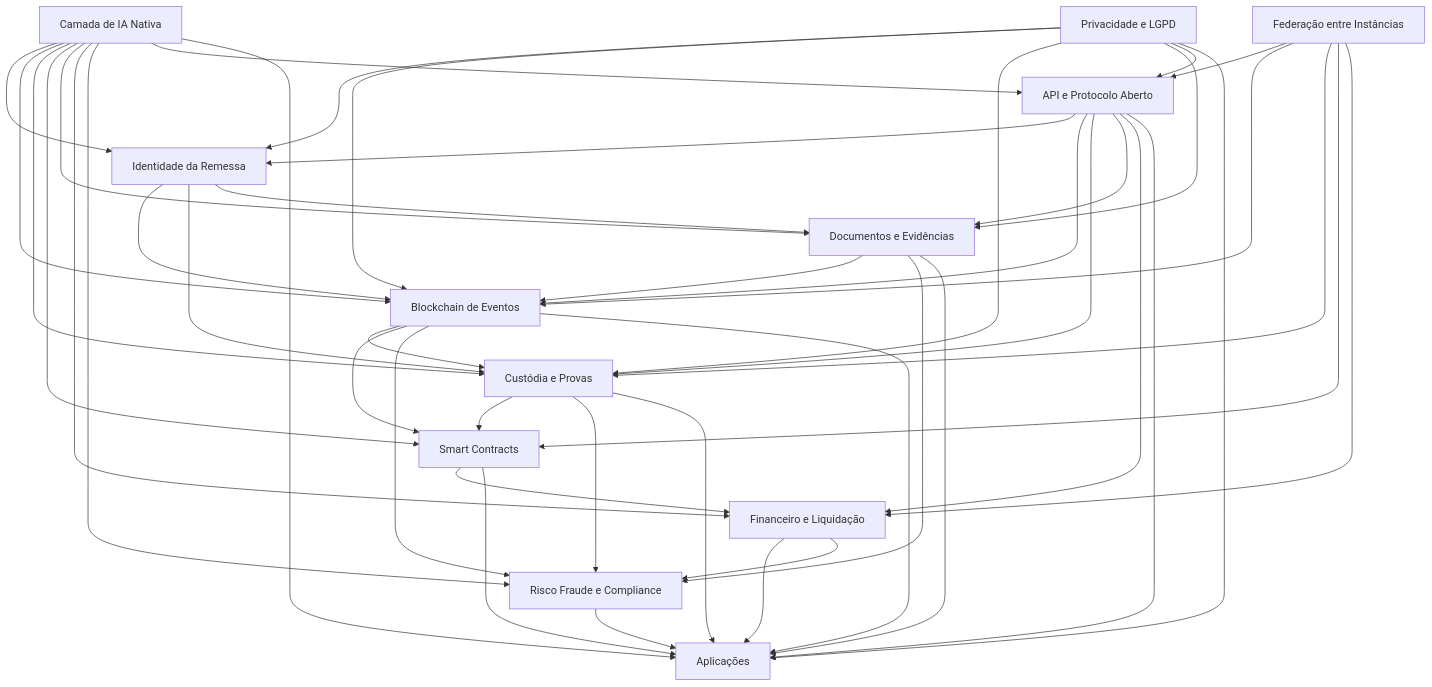
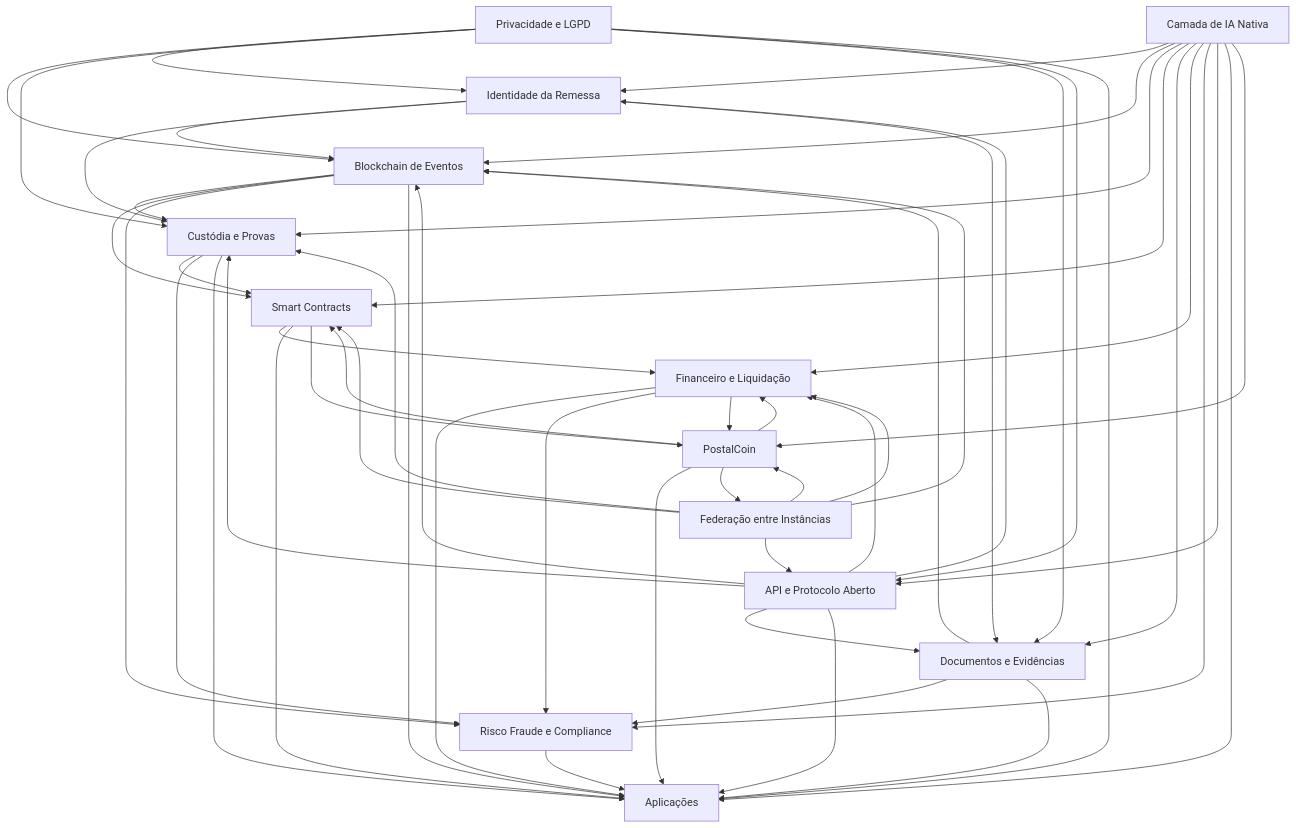
One commit to danielbfs/PostalTrust changed the second of 3 diagrams in OBSIDIAN_BRAIN.md. Above: the diagram before and after it, drawn with Mermaid. The commit also changed other lines of this file and 11 other files, not shown here.

Commit message:
docs: add PostalCoin thesis (RWA / Programmable Stamp) and integrate across all project documents

````diff
--- a/OBSIDIAN_BRAIN.md
+++ b/OBSIDIAN_BRAIN.md
@@ -64,57 +75,66 @@
 ```mermaid
 flowchart TD
     A[Identidade da Remessa] --> B[Blockchain de Eventos]
     A --> C[Custódia e Provas]
     A --> E[Documentos e Evidências]
 
     B --> C
     B --> D[Smart Contracts]
     B --> G[Risco Fraude e Compliance]
     B --> I[Aplicações]
 
     C --> D
     C --> G
     C --> I
 
     E --> B
     E --> G
     E --> I
 
     D --> F[Financeiro e Liquidação]
     D --> I
+    D --> M[PostalCoin]
 
     F --> I
     F --> G
+    F --> M
 
     G --> I
 
     H[API e Protocolo Aberto] --> A
     H --> B
     H --> C
     H --> E
     H --> F
     H --> I
 
     J[Camada de IA Nativa] --> A
     J --> B
     J --> C
     J --> D
     J --> E
     J --> F
     J --> G
     J --> H
     J --> I
+    J --> M
 
     K[Privacidade e LGPD] --> A
     K --> B
     K --> C
     K --> E
     K --> H
     K --> I
 
     L[Federação entre Instâncias] --> H
     L --> B
     L --> C
     L --> D
     L --> F
+    L --> M
+
+    M --> D
+    M --> F
+    M --> I
+    M --> L
 ```
````
